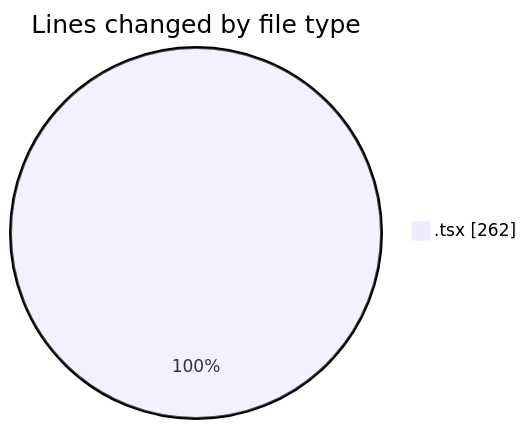
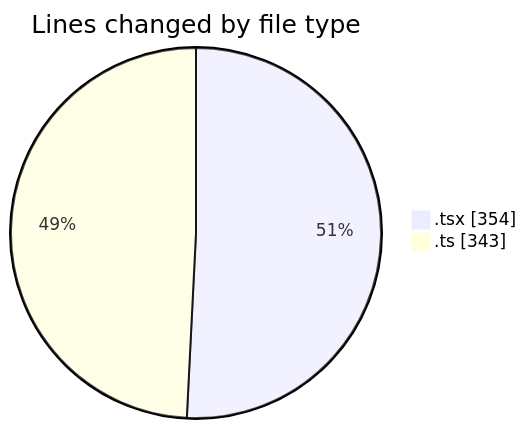
The first of 2 diagrams in 2025-10-15/eventscop-frontend-guide__workspace_/README.md (julien-gomy/code-tracking), drawn with Mermaid before and after one commit. The commit also changed other lines of this file and 1 other file, not shown here.

````diff
--- a/2025-10-15/eventscop-frontend-guide__workspace_/README.md
+++ b/2025-10-15/eventscop-frontend-guide__workspace_/README.md
@@ -20,5 +23,6 @@
 ```mermaid
 pie showData
 title Lines changed by file type
-".tsx" : 262
+".tsx" : 354
+".ts" : 343
 ```
````
